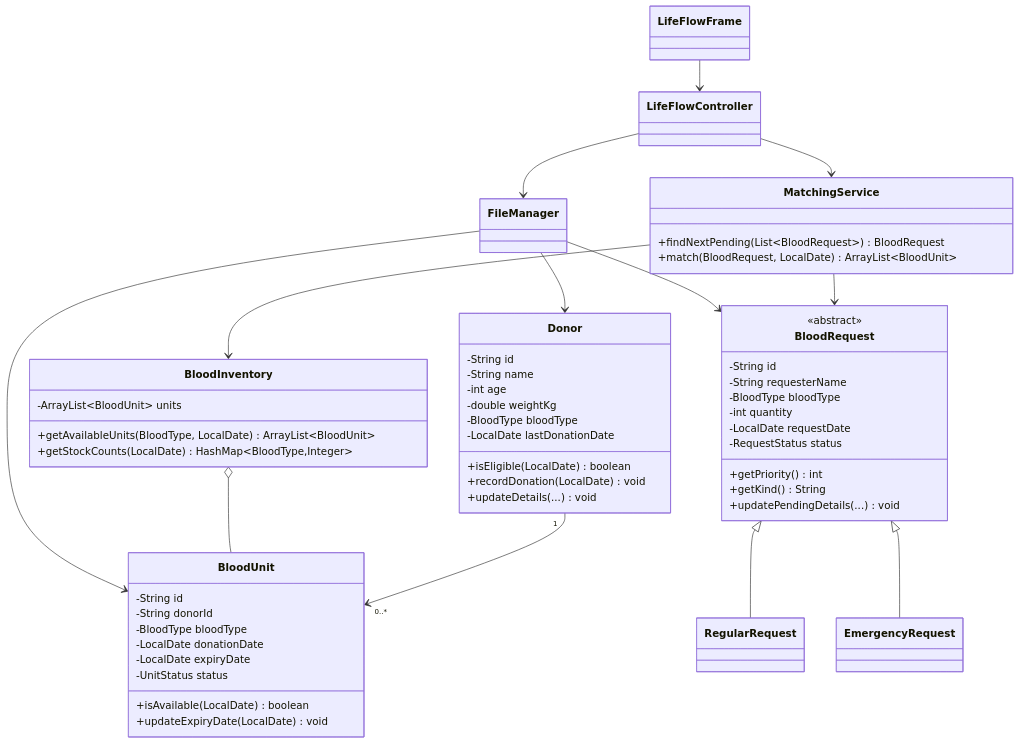
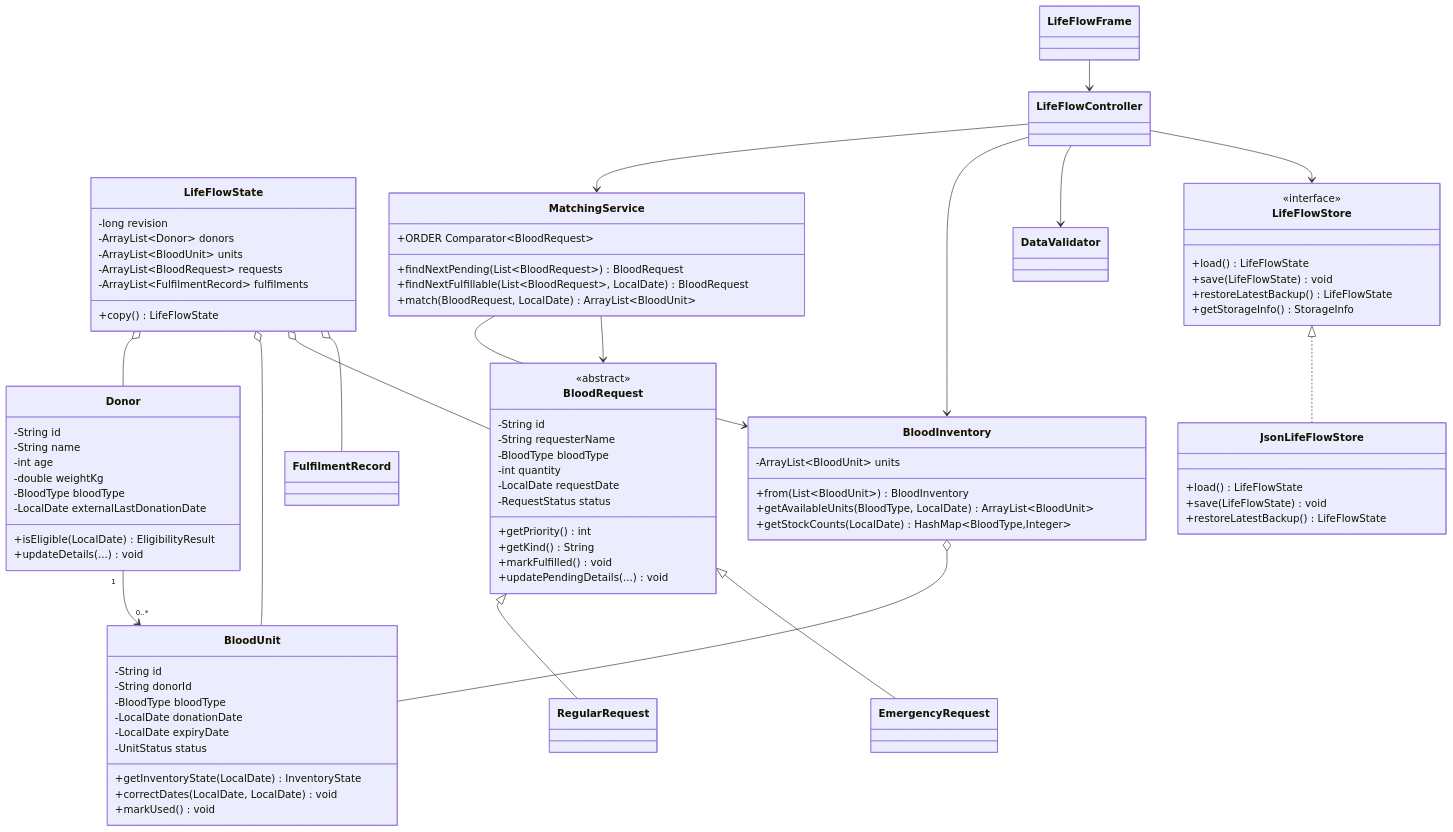
Before and after one commit to moha-r/LifeFlow: the diagram in docs/architecture.md, drawn with Mermaid. The commit also changed other lines of this file and 1 other file, not shown here.

Commit message:
docs: describe JSON persistence and real matching rules
architecture.md and lifeflow-uml.dot still documented the retired FileManager
and donors.txt/blood_units.txt/requests.txt schema. Replace them with the
current JsonLifeFlowStore envelope, checksum and backup behaviour, the
LifeFlowState aggregate, MatchingService.ORDER, DataValidator, and the
next-pending vs next-fulfillable semantics.

````diff
--- a/docs/architecture.md
+++ b/docs/architecture.md
@@ -23,9 +23,8 @@
         -int age
         -double weightKg
         -BloodType bloodType
-        -LocalDate lastDonationDate
-        +isEligible(LocalDate) boolean
-        +recordDonation(LocalDate) void
+        -LocalDate externalLastDonationDate
+        +isEligible(LocalDate) EligibilityResult
         +updateDetails(...) void
     }
     class BloodUnit {
@@ -35,8 +34,9 @@
         -LocalDate donationDate
         -LocalDate expiryDate
         -UnitStatus status
-        +isAvailable(LocalDate) boolean
-        +updateExpiryDate(LocalDate) void
+        +getInventoryState(LocalDate) InventoryState
+        +correctDates(LocalDate, LocalDate) void
+        +markUsed() void
     }
     class BloodRequest {
         <<abstract>>
@@ -48,33 +48,61 @@
         -RequestStatus status
         +getPriority() int
         +getKind() String
+        +markFulfilled() void
         +updatePendingDetails(...) void
     }
     class RegularRequest
     class EmergencyRequest
+    class LifeFlowState {
+        -long revision
+        -ArrayList~Donor~ donors
+        -ArrayList~BloodUnit~ units
+        -ArrayList~BloodRequest~ requests
+        -ArrayList~FulfilmentRecord~ fulfilments
+        +copy() LifeFlowState
+    }
     class BloodInventory {
         -ArrayList~BloodUnit~ units
+        +from(List~BloodUnit~) BloodInventory
         +getAvailableUnits(BloodType, LocalDate) ArrayList~BloodUnit~
         +getStockCounts(LocalDate) HashMap~BloodType,Integer~
     }
     class MatchingService {
+        +ORDER Comparator~BloodRequest~
         +findNextPending(List~BloodRequest~) BloodRequest
+        +findNextFulfillable(List~BloodRequest~, LocalDate) BloodRequest
         +match(BloodRequest, LocalDate) ArrayList~BloodUnit~
     }
-    class FileManager
+    class DataValidator
+    class LifeFlowStore {
+        <<interface>>
+        +load() LifeFlowState
+        +save(LifeFlowState) void
+        +restoreLatestBackup() LifeFlowState
+        +getStorageInfo() StorageInfo
+    }
+    class JsonLifeFlowStore {
+        +load() LifeFlowState
+        +save(LifeFlowState) void
+        +restoreLatestBackup() LifeFlowState
+    }
     class LifeFlowController
     class LifeFlowFrame
 
     BloodRequest <|-- RegularRequest
     BloodRequest <|-- EmergencyRequest
     Donor "1" --> "0..*" BloodUnit
+    LifeFlowState o-- Donor
+    LifeFlowState o-- BloodUnit
+    LifeFlowState o-- BloodRequest
+    LifeFlowState o-- FulfilmentRecord
     BloodInventory o-- BloodUnit
     MatchingService --> BloodInventory
     MatchingService --> BloodRequest
-    FileManager --> Donor
-    FileManager --> BloodUnit
-    FileManager --> BloodRequest
+    LifeFlowStore <|.. JsonLifeFlowStore
     LifeFlowController --> MatchingService
-    LifeFlowController --> FileManager
+    LifeFlowController --> BloodInventory
+    LifeFlowController --> DataValidator
+    LifeFlowController --> LifeFlowStore
     LifeFlowFrame --> LifeFlowController
 ```
````
